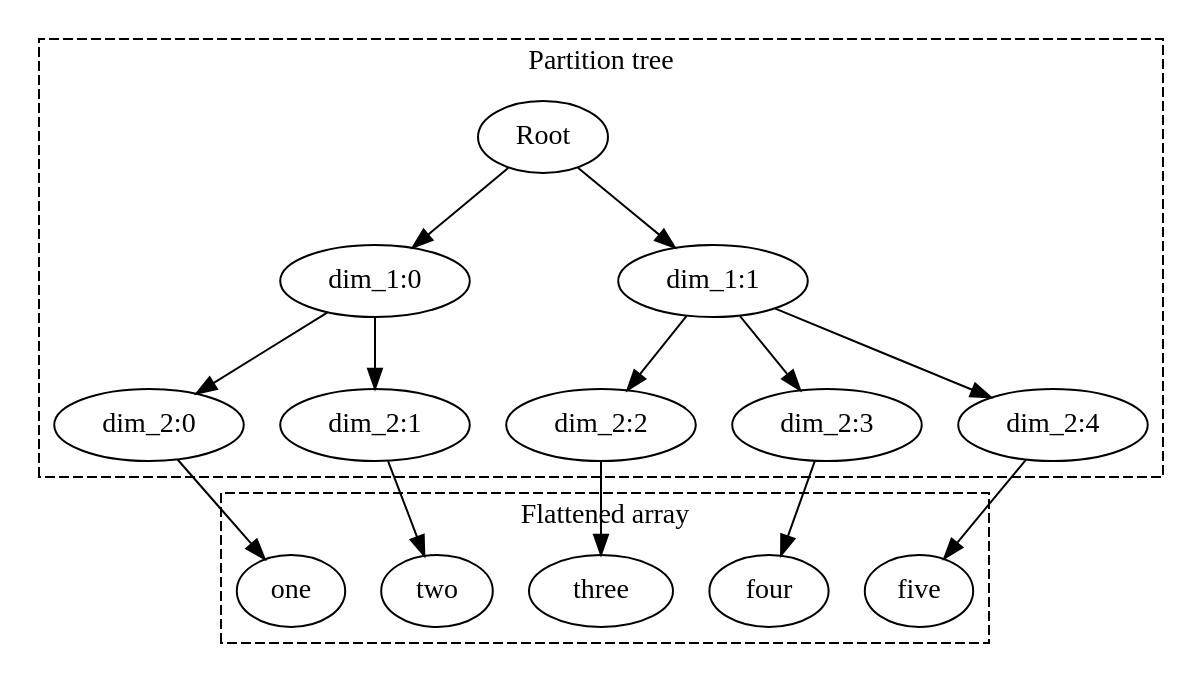
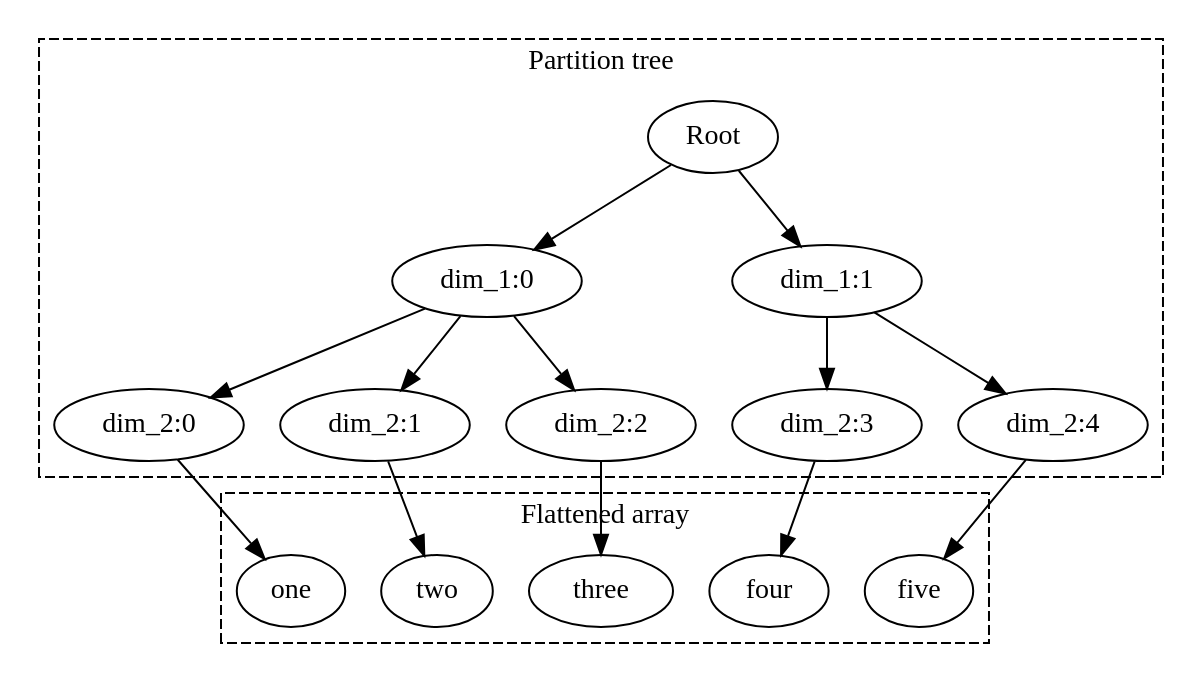
Before and after one commit to google/koladata: the diagram in docs/fundamentals.md, drawn with Graphviz. The commit also changed other lines of this file and 2 other files, not shown here.

````diff
--- a/docs/fundamentals.md
+++ b/docs/fundamentals.md
@@ -56,26 +56,26 @@
 ```dot
 digraph {
   Root -> "dim_1:0"
   Root -> "dim_1:1"
   "dim_1:0" -> "dim_2:0"
   "dim_1:0" -> "dim_2:1"
-  "dim_1:1" -> "dim_2:2"
+  "dim_1:0" -> "dim_2:2"
   "dim_1:1" -> "dim_2:3"
   "dim_1:1" -> "dim_2:4"
   "dim_2:0" -> one
   "dim_2:1" -> two
   "dim_2:2" -> three
   "dim_2:3" -> four
   "dim_2:4" -> five
 
   subgraph cluster_x {
     graph [style="dashed", label="Partition tree"]
     Root;"dim_1:0";"dim_1:1";"dim_2:0";"dim_2:1";"dim_2:2";"dim_2:3";"dim_2:4";
   }
 
   subgraph cluster_y {
     graph [style="dashed", label="Flattened array"]
     one;two;three;four;five
   }
 }
 ```
````
